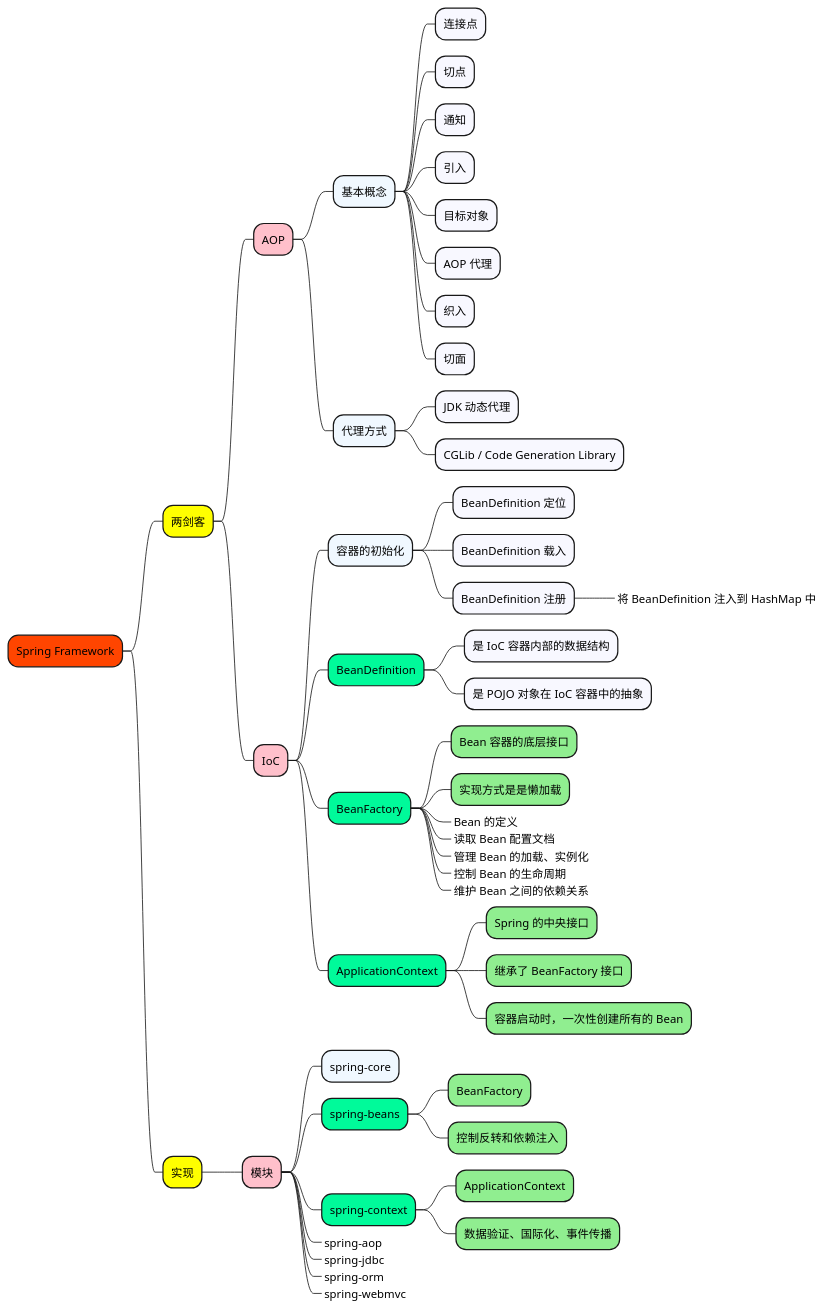
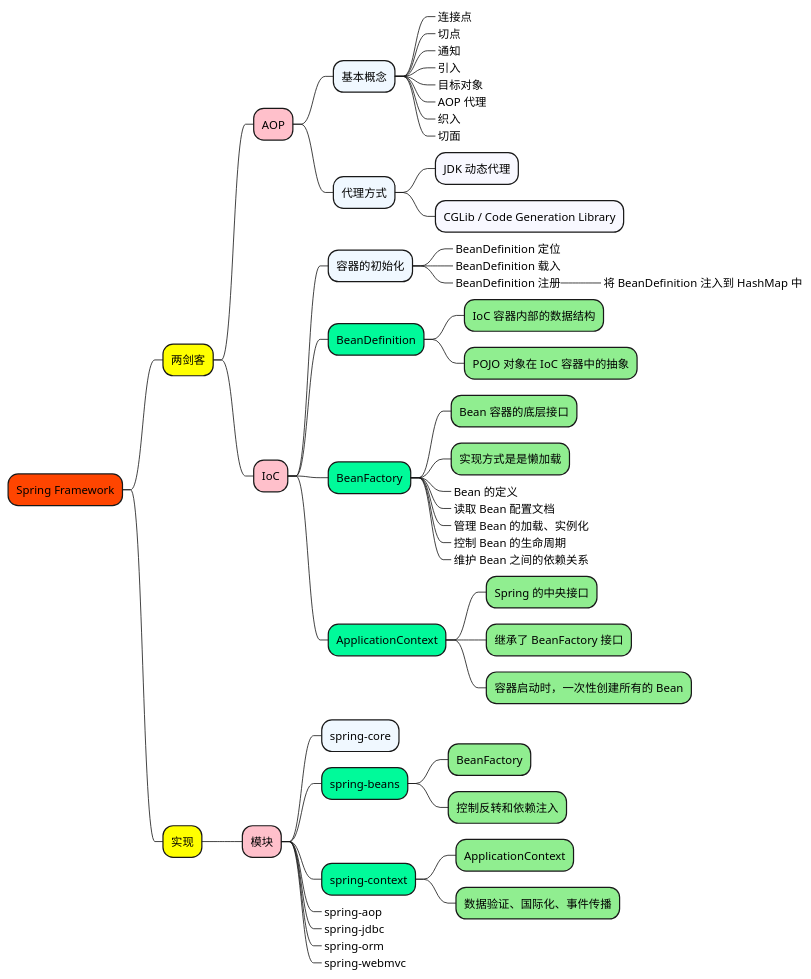
Before and after one commit to doveg/self-cultivation-of-a-software-engineer: the diagram in 1_map/framework/Spring-Framework.puml, drawn with PlantUML. The commit also changed 16 other files, not shown here.

```diff
--- a/1_map/framework/Spring-Framework.puml
+++ b/1_map/framework/Spring-Framework.puml
@@ -1,67 +1,67 @@
 @startmindmap
 
 +[#OrangeRed] Spring Framework
 
 ++[#yellow] 两剑客
 
 +++[#Pink] AOP
 
 ++++[#AliceBlue] 基本概念
-+++++[#GhostWhite] 连接点
-+++++[#GhostWhite] 切点
-+++++[#GhostWhite] 通知
-+++++[#GhostWhite] 引入
-+++++[#GhostWhite] 目标对象
-+++++[#GhostWhite] AOP 代理
-+++++[#GhostWhite] 织入
-+++++[#GhostWhite] 切面
++++++[#GhostWhite]_ 连接点
++++++[#GhostWhite]_ 切点
++++++[#GhostWhite]_ 通知
++++++[#GhostWhite]_ 引入
++++++[#GhostWhite]_ 目标对象
++++++[#GhostWhite]_ AOP 代理
++++++[#GhostWhite]_ 织入
++++++[#GhostWhite]_ 切面
 
 ++++[#AliceBlue] 代理方式
 +++++[#GhostWhite] JDK 动态代理
 +++++[#GhostWhite] CGLib / Code Generation Library
 
 
 +++[#Pink] IoC
 
 ++++[#AliceBlue] 容器的初始化
-+++++[#GhostWhite] BeanDefinition 定位
-+++++[#GhostWhite] BeanDefinition 载入
-+++++[#GhostWhite] BeanDefinition 注册
++++++[#GhostWhite]_ BeanDefinition 定位
++++++[#GhostWhite]_ BeanDefinition 载入
++++++[#GhostWhite]_ BeanDefinition 注册
 ++++++[#LightGreen]_ 将 BeanDefinition 注入到 HashMap 中
 
 ++++[#MediumSpringGreen] BeanDefinition
-+++++[#GhostWhite] 是 IoC 容器内部的数据结构
-+++++[#GhostWhite] 是 POJO 对象在 IoC 容器中的抽象
++++++[#LightGreen] IoC 容器内部的数据结构
++++++[#LightGreen] POJO 对象在 IoC 容器中的抽象
 
 ++++[#MediumSpringGreen] BeanFactory
 +++++[#LightGreen] Bean 容器的底层接口
 +++++[#LightGreen] 实现方式是是懒加载
 +++++[#GhostWhite]_ Bean 的定义
 +++++[#GhostWhite]_ 读取 Bean 配置文档
 +++++[#GhostWhite]_ 管理 Bean 的加载、实例化
 +++++[#GhostWhite]_ 控制 Bean 的生命周期
 +++++[#GhostWhite]_ 维护 Bean 之间的依赖关系
 
 ++++[#MediumSpringGreen] ApplicationContext
 +++++[#LightGreen] Spring 的中央接口
 +++++[#LightGreen] 继承了 BeanFactory 接口
 +++++[#LightGreen] 容器启动时，一次性创建所有的 Bean
 
 
 ++[#yellow] 实现
 
 +++[#Pink] 模块
 ++++[#AliceBlue] spring-core
 ++++[#MediumSpringGreen] spring-beans
 +++++[#LightGreen] BeanFactory
 +++++[#LightGreen] 控制反转和依赖注入
 ++++[#MediumSpringGreen] spring-context
 +++++[#LightGreen] ApplicationContext
 +++++[#LightGreen] 数据验证、国际化、事件传播
 ++++[#AliceBlue]_ spring-aop
 ++++[#AliceBlue]_ spring-jdbc
 ++++[#AliceBlue]_ spring-orm
 ++++[#AliceBlue]_ spring-webmvc
 
 
 @endmindmap
```
